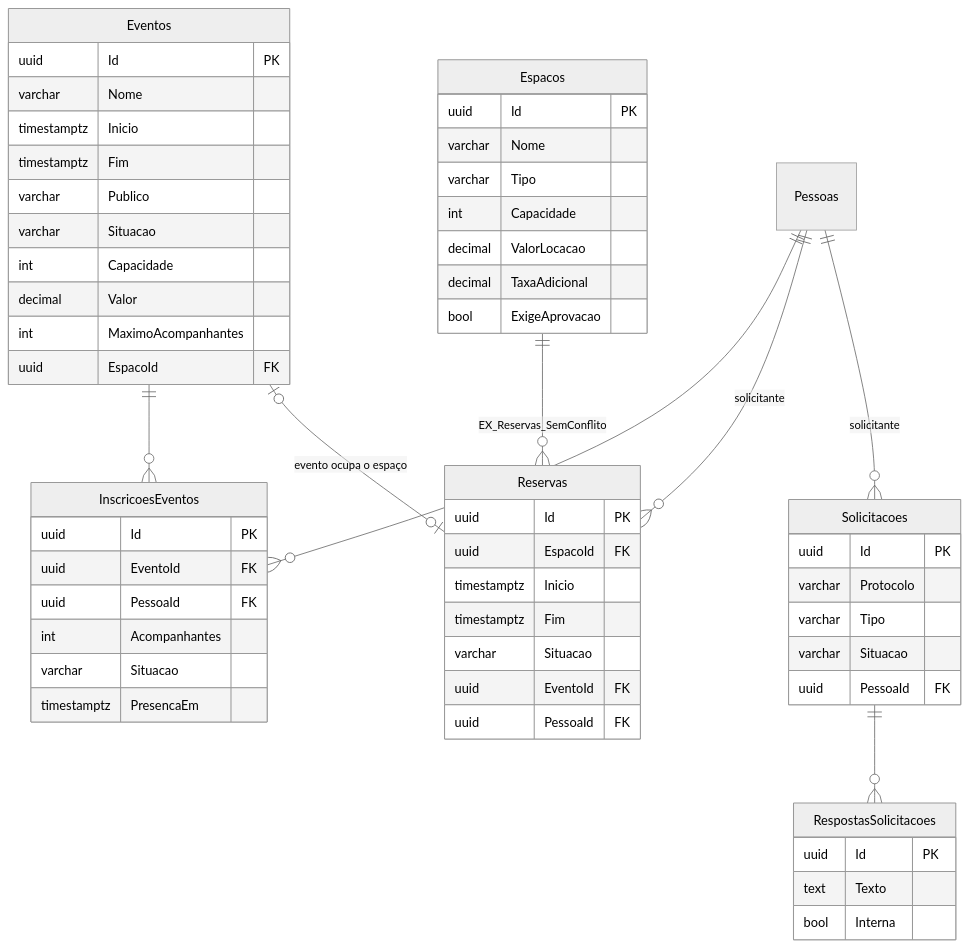
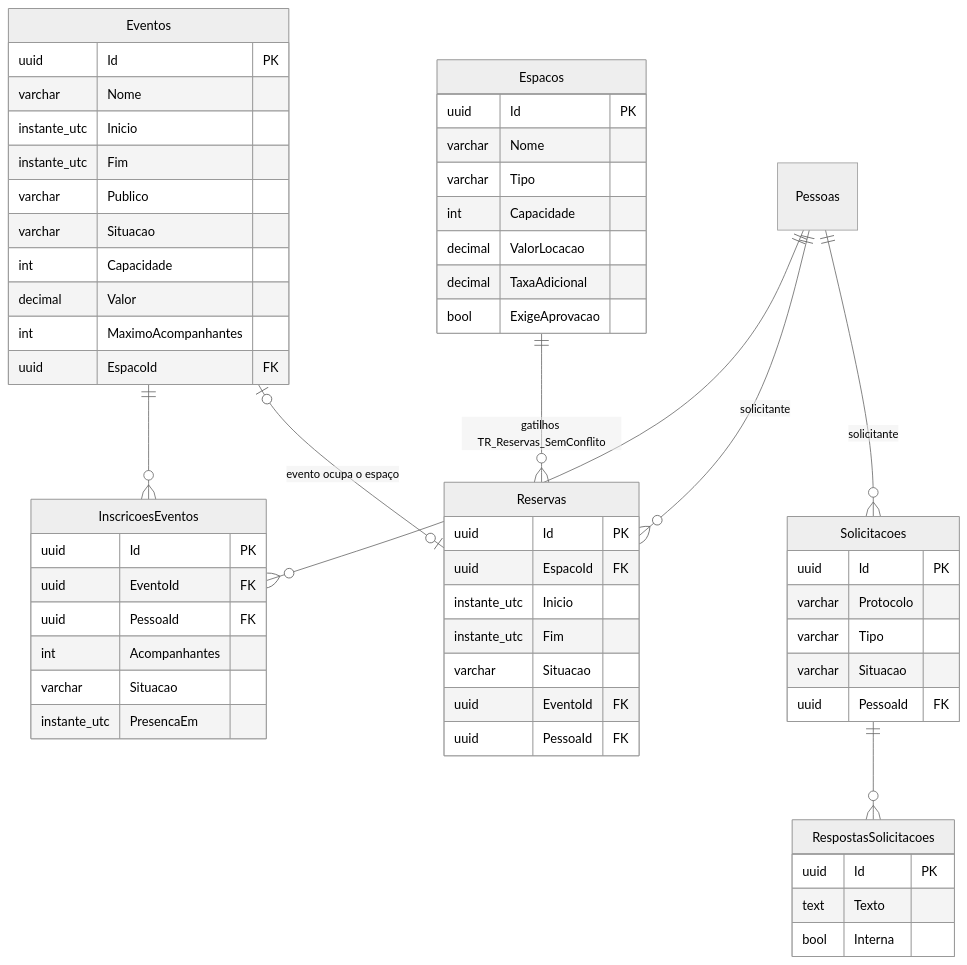
One commit to carolprimila/PWM2026_CAROL changed the fourth of 5 diagrams in docs/diagramas/ER.md. Above: the diagram before and after it, drawn with Mermaid (neutral theme). The commit also changed other lines of this file and 61 other files, not shown here.

````diff
--- a/docs/diagramas/ER.md
+++ b/docs/diagramas/ER.md
@@ -177,60 +179,60 @@
 ```mermaid
 erDiagram
     Eventos ||--o{ InscricoesEventos : ""
     Pessoas ||--o{ InscricoesEventos : ""
-    Espacos ||--o{ Reservas : "EX_Reservas_SemConflito"
+    Espacos ||--o{ Reservas : "gatilhos TR_Reservas_SemConflito"
     Eventos |o--o| Reservas : "evento ocupa o espaço"
     Pessoas ||--o{ Reservas : "solicitante"
     Pessoas ||--o{ Solicitacoes : "solicitante"
     Solicitacoes ||--o{ RespostasSolicitacoes : ""
     Eventos {
         uuid Id PK
         varchar Nome
-        timestamptz Inicio
-        timestamptz Fim
+        instante_utc Inicio
+        instante_utc Fim
         varchar Publico
         varchar Situacao
         int Capacidade
         decimal Valor
         int MaximoAcompanhantes
         uuid EspacoId FK
     }
     InscricoesEventos {
         uuid Id PK
         uuid EventoId FK
         uuid PessoaId FK
         int Acompanhantes
         varchar Situacao
-        timestamptz PresencaEm
+        instante_utc PresencaEm
     }
     Espacos {
         uuid Id PK
         varchar Nome
         varchar Tipo
         int Capacidade
         decimal ValorLocacao
         decimal TaxaAdicional
         bool ExigeAprovacao
     }
     Reservas {
         uuid Id PK
         uuid EspacoId FK
-        timestamptz Inicio
-        timestamptz Fim
+        instante_utc Inicio
+        instante_utc Fim
         varchar Situacao
         uuid EventoId FK
         uuid PessoaId FK
     }
     Solicitacoes {
         uuid Id PK
         varchar Protocolo
         varchar Tipo
         varchar Situacao
         uuid PessoaId FK
     }
     RespostasSolicitacoes {
         uuid Id PK
         text Texto
         bool Interna
     }
 ```
````
